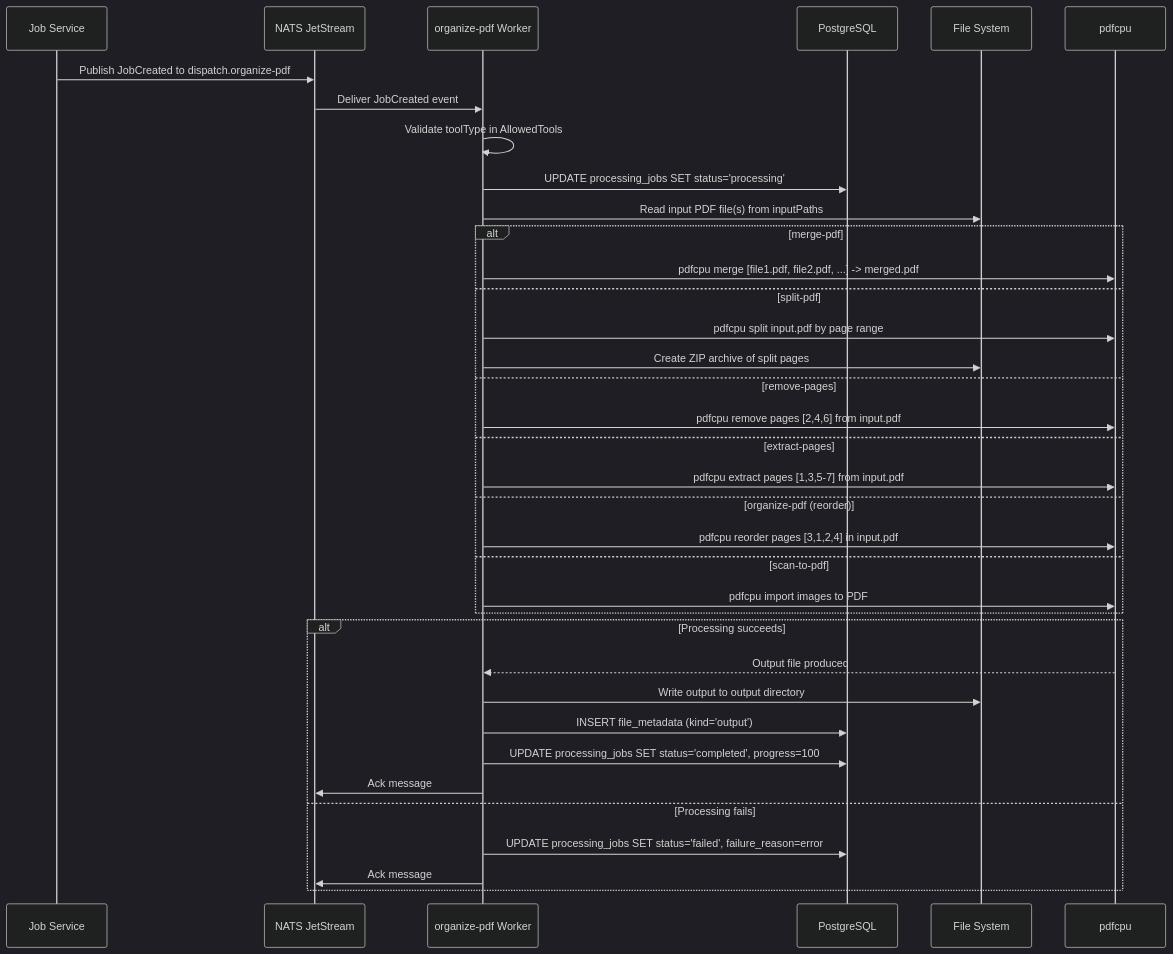
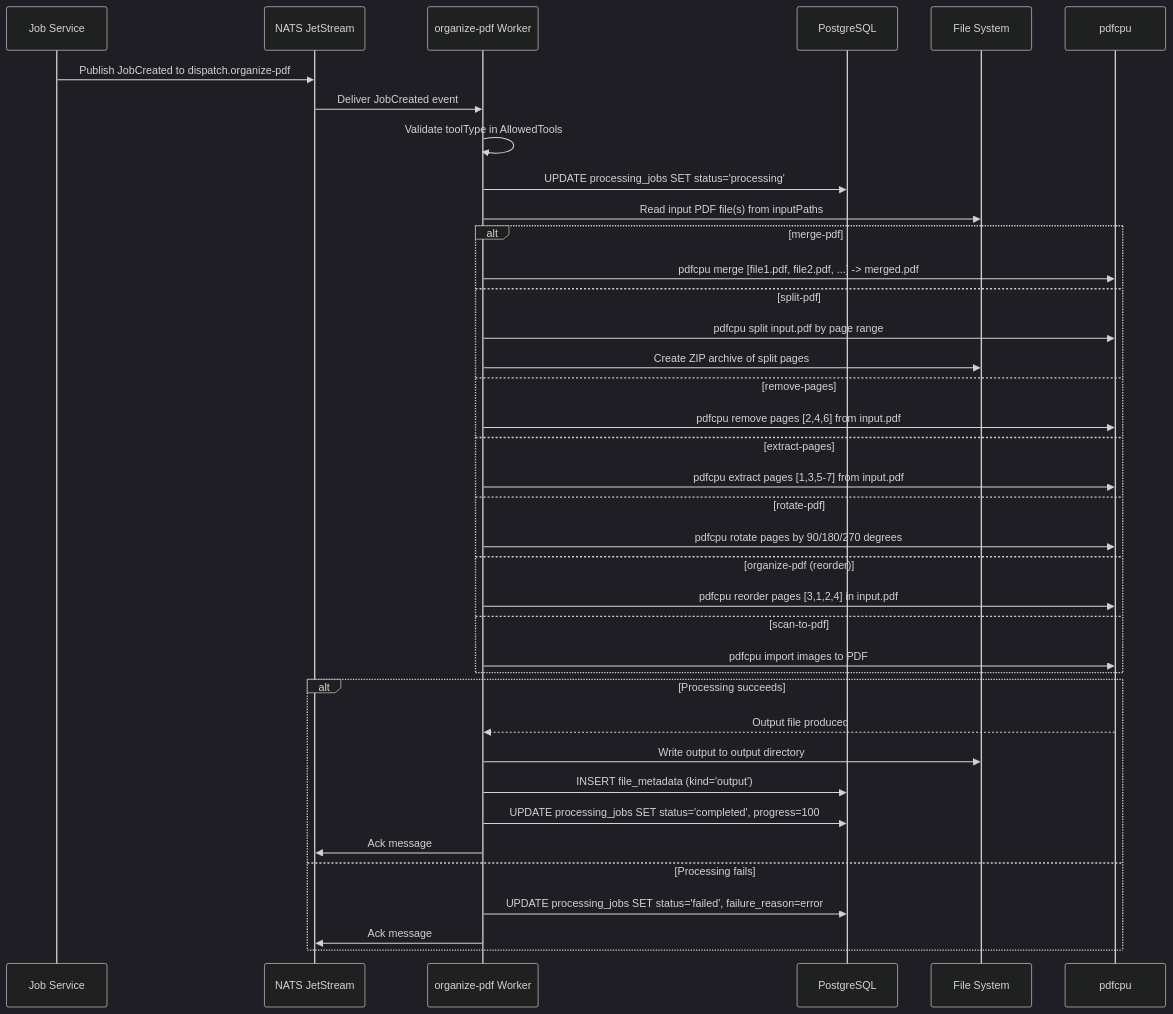
Before and after one commit to Prachidubey2003/fyredocs_backend: the first of 4 diagrams in docs/services/ORGANIZE_PDF.md, drawn with Mermaid (dark theme). The commit also changed other lines of this file and 7 other files, not shown here.

First line of the commit message:
Add rotate-pdf tool to organize-pdf service and fix tool routing

````diff
--- a/docs/services/ORGANIZE_PDF.md
+++ b/docs/services/ORGANIZE_PDF.md
@@ -436,43 +455,45 @@
 ```mermaid
 sequenceDiagram
     participant JS as Job Service
     participant NATS as NATS JetStream
     participant W as organize-pdf Worker
     participant DB as PostgreSQL
     participant FS as File System
     participant PC as pdfcpu
 
     JS->>NATS: Publish JobCreated to dispatch.organize-pdf
     NATS->>W: Deliver JobCreated event
 
     W->>W: Validate toolType in AllowedTools
     W->>DB: UPDATE processing_jobs SET status='processing'
 
     W->>FS: Read input PDF file(s) from inputPaths
 
     alt merge-pdf
         W->>PC: pdfcpu merge [file1.pdf, file2.pdf, ...] -> merged.pdf
     else split-pdf
         W->>PC: pdfcpu split input.pdf by page range
         W->>FS: Create ZIP archive of split pages
     else remove-pages
         W->>PC: pdfcpu remove pages [2,4,6] from input.pdf
     else extract-pages
         W->>PC: pdfcpu extract pages [1,3,5-7] from input.pdf
+    else rotate-pdf
+        W->>PC: pdfcpu rotate pages by 90/180/270 degrees
     else organize-pdf (reorder)
         W->>PC: pdfcpu reorder pages [3,1,2,4] in input.pdf
     else scan-to-pdf
         W->>PC: pdfcpu import images to PDF
     end
 
     alt Processing succeeds
         PC-->>W: Output file produced
         W->>FS: Write output to output directory
         W->>DB: INSERT file_metadata (kind='output')
         W->>DB: UPDATE processing_jobs SET status='completed', progress=100
         W->>NATS: Ack message
     else Processing fails
         W->>DB: UPDATE processing_jobs SET status='failed', failure_reason=error
         W->>NATS: Ack message
     end
 ```
````
